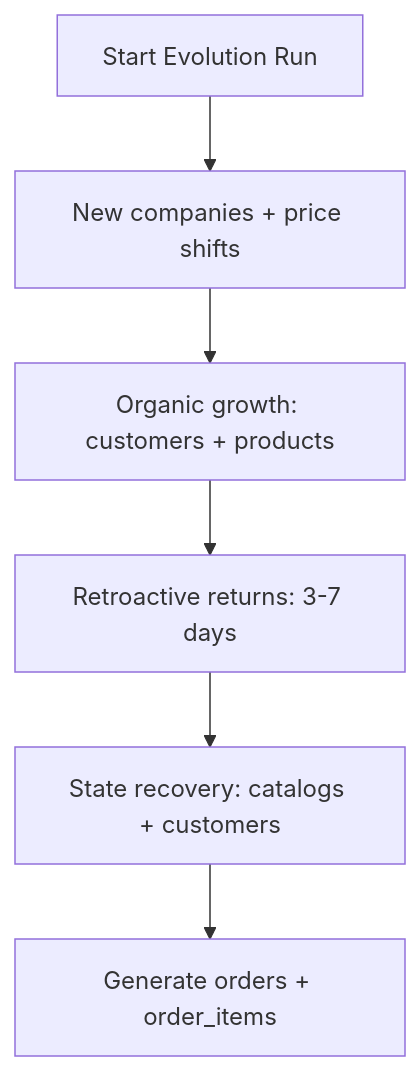
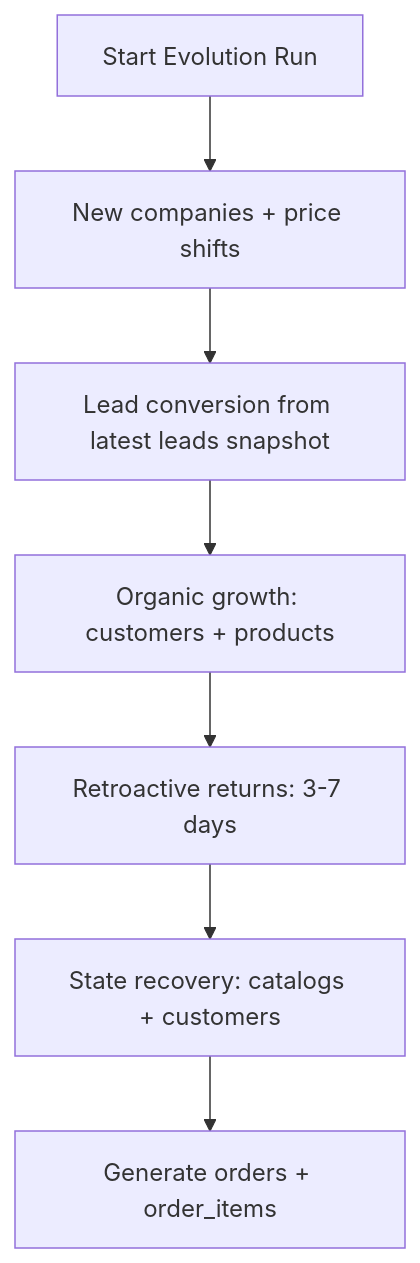
One commit to KayvanShah1/b2b-ecommerce-platform changed the fourth of 7 diagrams in packages/b2b_ec_sources/README.md. Above: the diagram before and after it, drawn with Mermaid. The commit also changed other lines of this file and 4 other files, not shown here.

Commit message:
feat: implement lead conversion feature and update related documentation

````diff
--- a/packages/b2b_ec_sources/README.md
+++ b/packages/b2b_ec_sources/README.md
@@ -177,8 +199,9 @@
 ```mermaid
 flowchart TD
   E0[Start Evolution Run] --> E1[New companies + price shifts]
-  E1 --> E2[Organic growth: customers + products]
-  E2 --> E3[Retroactive returns: 3-7 days]
-  E3 --> E4[State recovery: catalogs + customers]
-  E4 --> E5[Generate orders + order_items]
+  E1 --> E2[Lead conversion from latest leads snapshot]
+  E2 --> E3[Organic growth: customers + products]
+  E3 --> E4[Retroactive returns: 3-7 days]
+  E4 --> E5[State recovery: catalogs + customers]
+  E5 --> E6[Generate orders + order_items]
 ```
````
